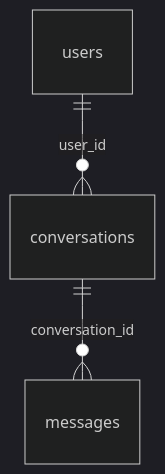
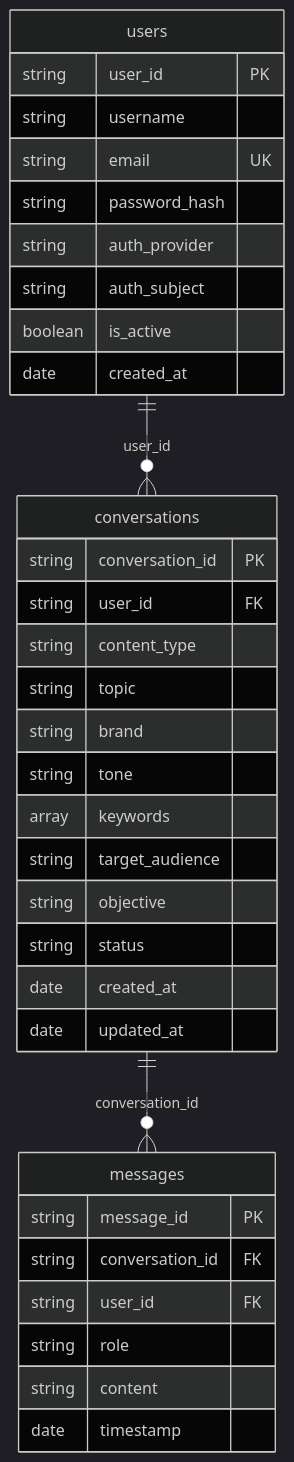
One commit to PrachiKarade/contentalchemy changed the diagram in docs/deployment-guide.md. Above: the diagram before and after it, drawn with Mermaid (dark theme). The commit also changed other lines of this file, not shown here.

````diff
--- a/docs/deployment-guide.md
+++ b/docs/deployment-guide.md
@@ -19,6 +20,40 @@
-```mermaid
+``` mermaid
 erDiagram
     users ||--o{ conversations : "user_id"
     conversations ||--o{ messages : "conversation_id"
-   
+
+    users {
+        string user_id PK
+        string username
+        string email UK
+        string password_hash
+        string auth_provider
+        string auth_subject
+        boolean is_active
+        date created_at
+    }
+
+    conversations {
+        string conversation_id PK
+        string user_id FK
+        string content_type
+        string topic
+        string brand
+        string tone
+        array keywords
+        string target_audience
+        string objective
+        string status
+        date created_at
+        date updated_at
+    }
+
+    messages {
+        string message_id PK
+        string conversation_id FK
+        string user_id FK
+        string role
+        string content
+        date timestamp
+    }
 ```
````
